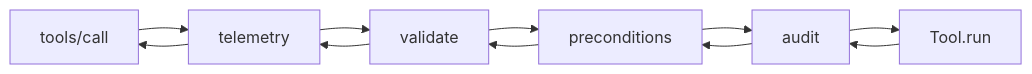
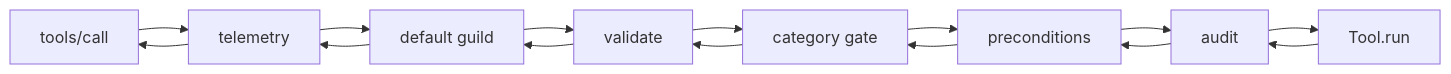
One commit to cappyeo/discord-mcp changed the diagram in site/src/content/docs/architecture/middleware-chain.mdx. Above: the diagram before and after it, drawn with Mermaid. The commit also changed other lines of this file and 136 other files, not shown here.

````diff
--- a/site/src/content/docs/architecture/middleware-chain.mdx
+++ b/site/src/content/docs/architecture/middleware-chain.mdx
@@ -16,13 +16,17 @@
 ```mermaid
 graph LR
   A[tools/call] --> B[telemetry]
-  B --> C[validate]
-  C --> D[preconditions]
-  D --> E[audit]
-  E --> F[Tool.run]
+  B --> C[default guild]
+  C --> D[validate]
+  D --> E[category gate]
+  E --> F[preconditions]
+  F --> G[audit]
+  G --> H[Tool.run]
+  H --> G
+  G --> F
   F --> E
   E --> D
   D --> C
   C --> B
   B --> A
 ```
````
